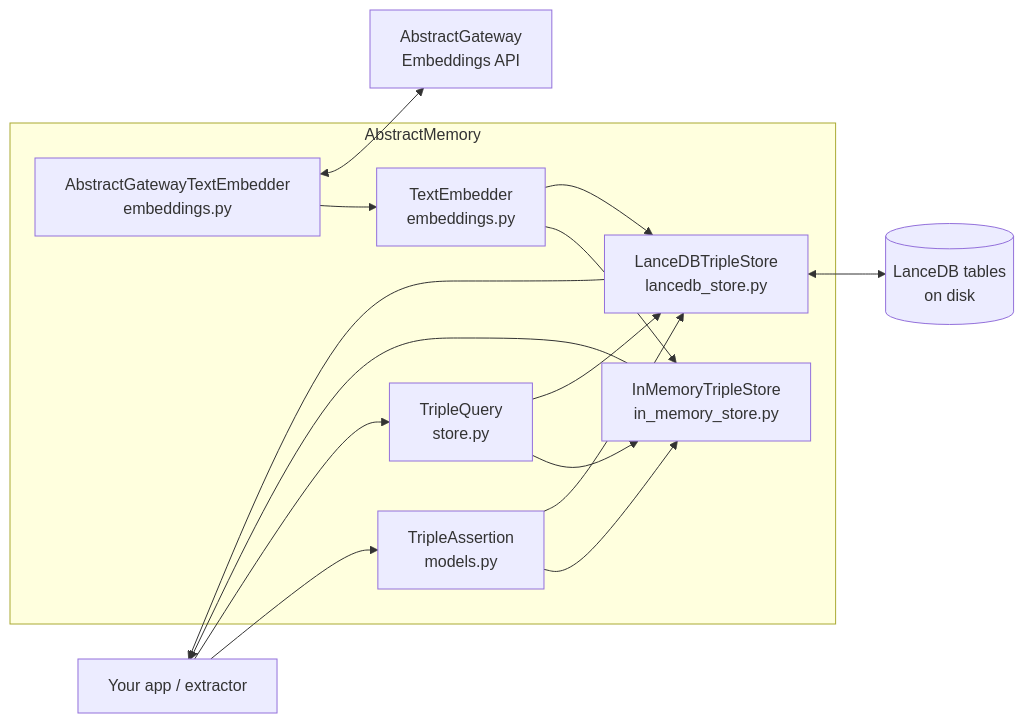
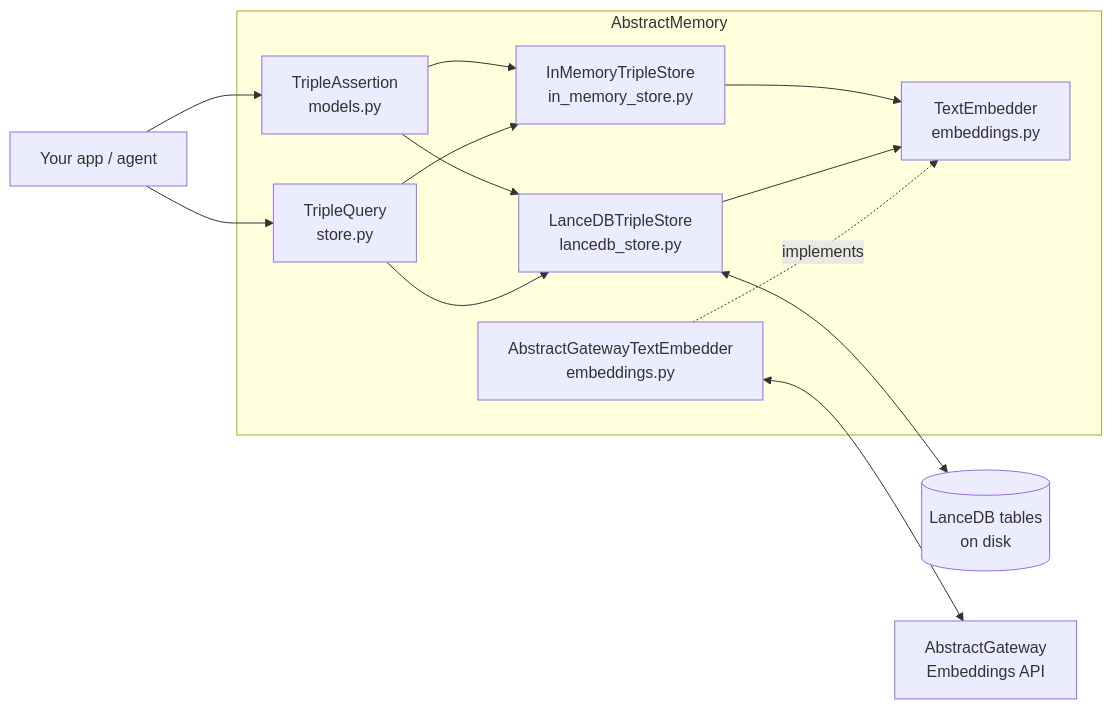
Before and after one commit to lpalbou/AbstractMemory: the second of 2 diagrams in docs/architecture.md, drawn with Mermaid. The commit also changed other lines of this file and 11 other files, not shown here.

````diff
--- a/docs/architecture.md
+++ b/docs/architecture.md
@@ -26,22 +51,19 @@
 ```mermaid
 flowchart LR
-  APP[Your app / extractor] --> TA[TripleAssertion\nmodels.py]
+  APP[Your app / agent] --> TA[TripleAssertion\nmodels.py]
   APP --> TQ[TripleQuery\nstore.py]
 
   subgraph AbstractMemory
     TA --> IM[InMemoryTripleStore\nin_memory_store.py]
     TA --> LDB[LanceDBTripleStore\nlancedb_store.py]
     TQ --> IM
     TQ --> LDB
 
-    TE[TextEmbedder\nembeddings.py] --> IM
-    TE --> LDB
-    AG[AbstractGatewayTextEmbedder\nembeddings.py] --> TE
+    IM --> TE[TextEmbedder\nembeddings.py]
+    LDB --> TE
+    AG[AbstractGatewayTextEmbedder\nembeddings.py] -.implements.-> TE
   end
 
   LDB <--> DISK[(LanceDB tables\non disk)]
   AG <--> GW[AbstractGateway\nEmbeddings API]
-
-  IM --> APP
-  LDB --> APP
 ```
````
